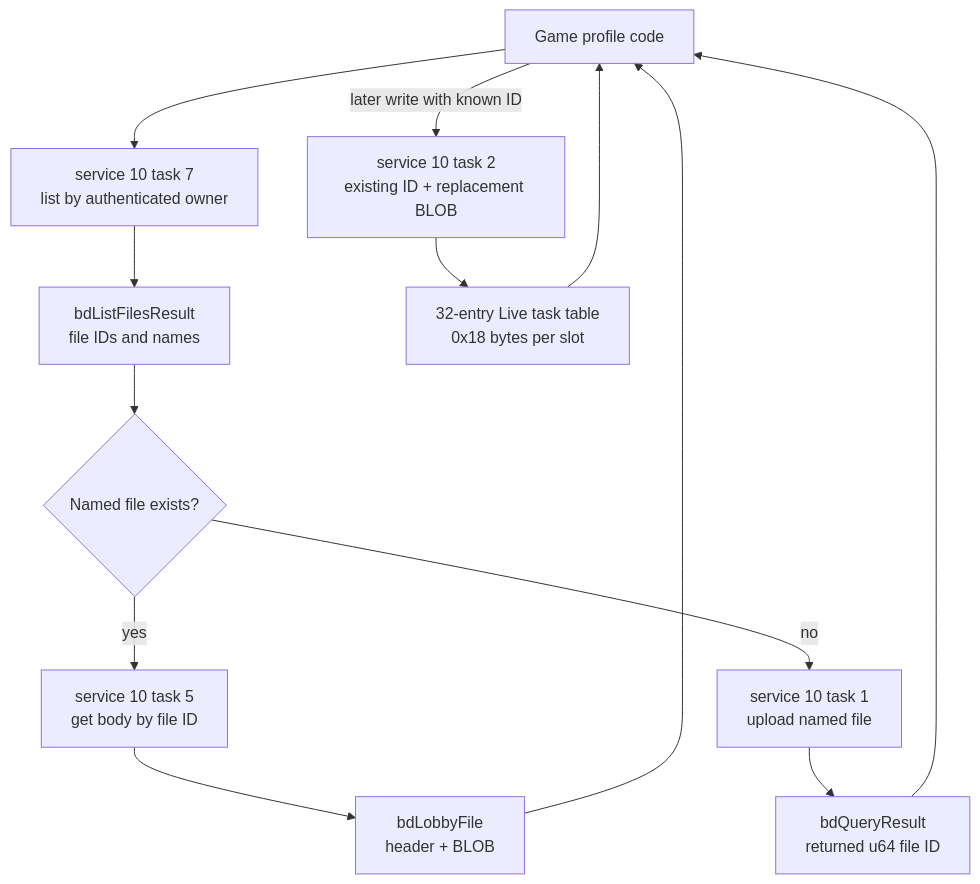
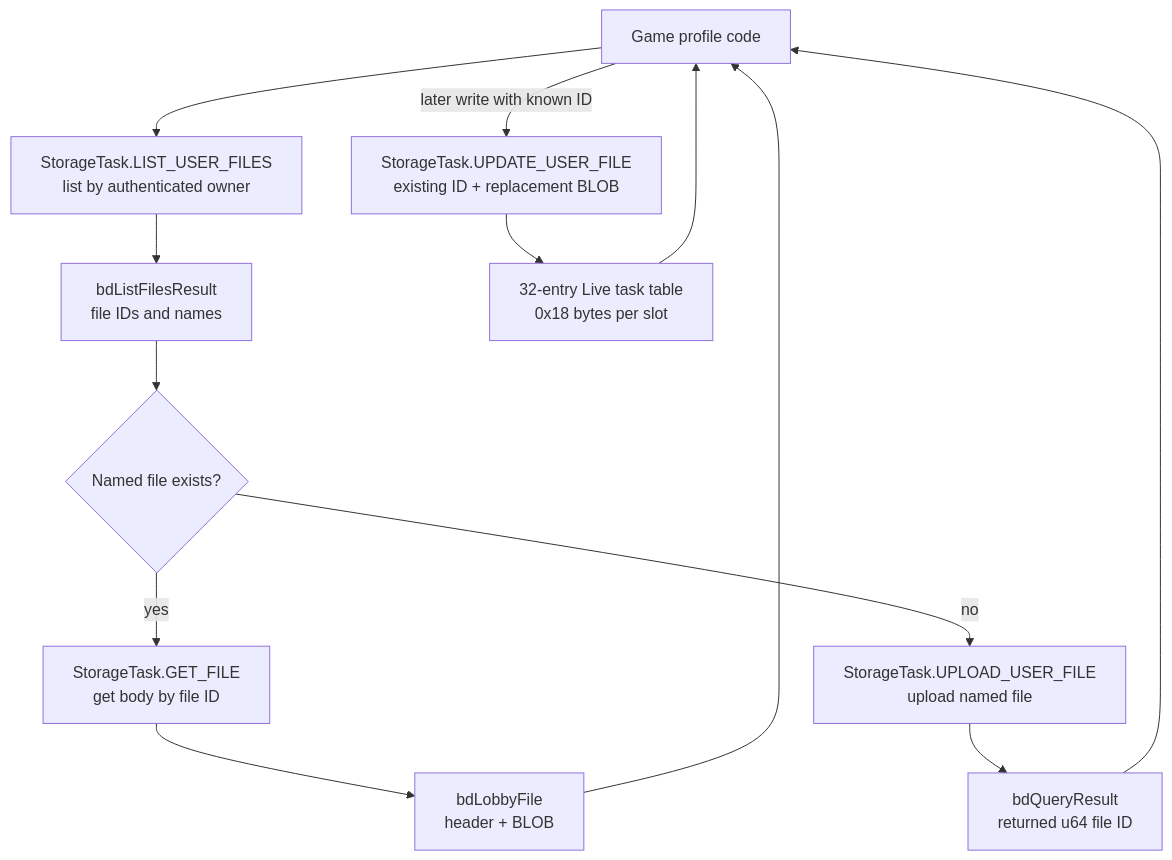
One commit to primetime43/CoD-Research changed the fifth of 9 diagrams in World-at-War-COD5/DemonWare/Flow-Charts.md. Above: the diagram before and after it, drawn with Mermaid. The commit also changed other lines of this file and 3 other files, not shown here.

First line of the commit message:
Replace numeric service/task IDs with symbolic names

````diff
--- a/World-at-War-COD5/DemonWare/Flow-Charts.md
+++ b/World-at-War-COD5/DemonWare/Flow-Charts.md
@@ -123,18 +125,18 @@
 ```mermaid
 flowchart TD
     GAME[Game profile code]
-    LIST[service 10 task 7<br/>list by authenticated owner]
+    LIST[StorageTask.LIST_USER_FILES<br/>list by authenticated owner]
     HEADERS[bdListFilesResult<br/>file IDs and names]
     CHOICE{Named file exists?}
-    GET[service 10 task 5<br/>get body by file ID]
+    GET[StorageTask.GET_FILE<br/>get body by file ID]
     READ[bdLobbyFile<br/>header + BLOB]
-    NEW[service 10 task 1<br/>upload named file]
+    NEW[StorageTask.UPLOAD_USER_FILE<br/>upload named file]
     QUERY[bdQueryResult<br/>returned u64 file ID]
-    UPDATE[service 10 task 2<br/>existing ID + replacement BLOB]
+    UPDATE[StorageTask.UPDATE_USER_FILE<br/>existing ID + replacement BLOB]
     POLL[32-entry Live task table<br/>0x18 bytes per slot]
 
     GAME --> LIST --> HEADERS --> CHOICE
     CHOICE -->|yes| GET --> READ --> GAME
     CHOICE -->|no| NEW --> QUERY --> GAME
     GAME -->|later write with known ID| UPDATE --> POLL --> GAME
 ```
````
